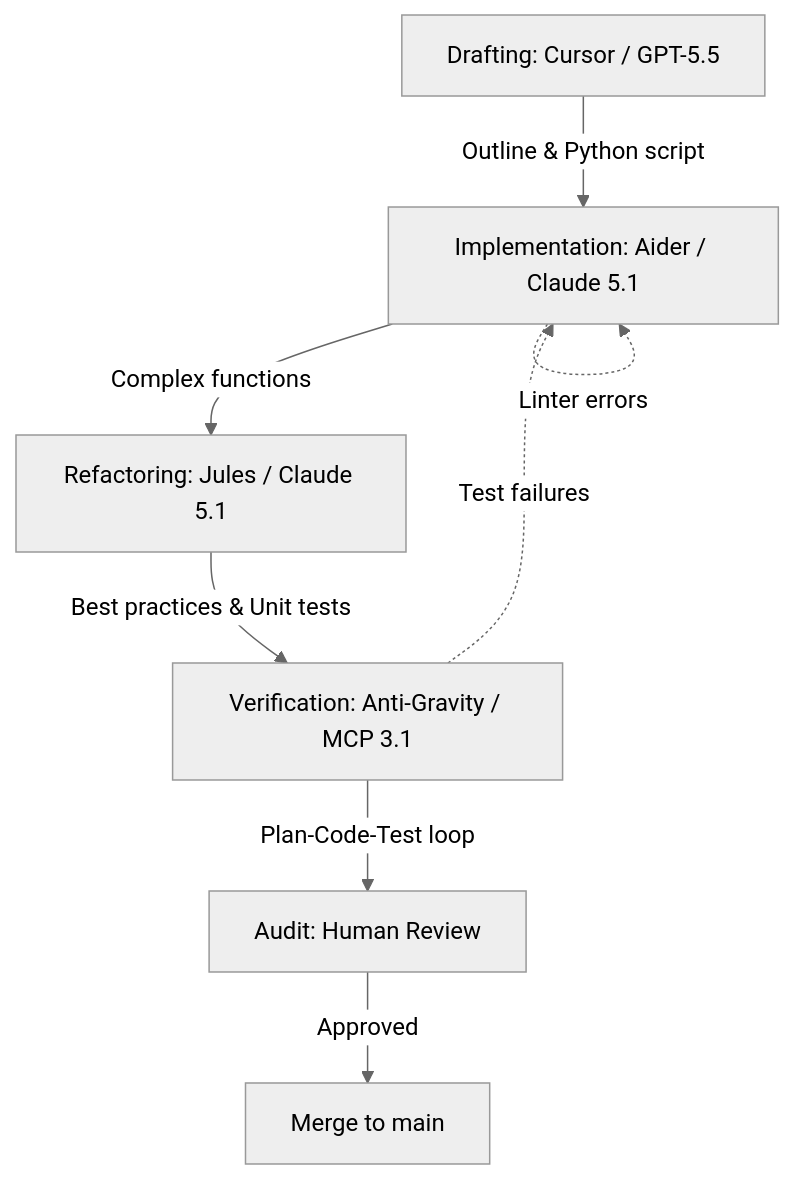
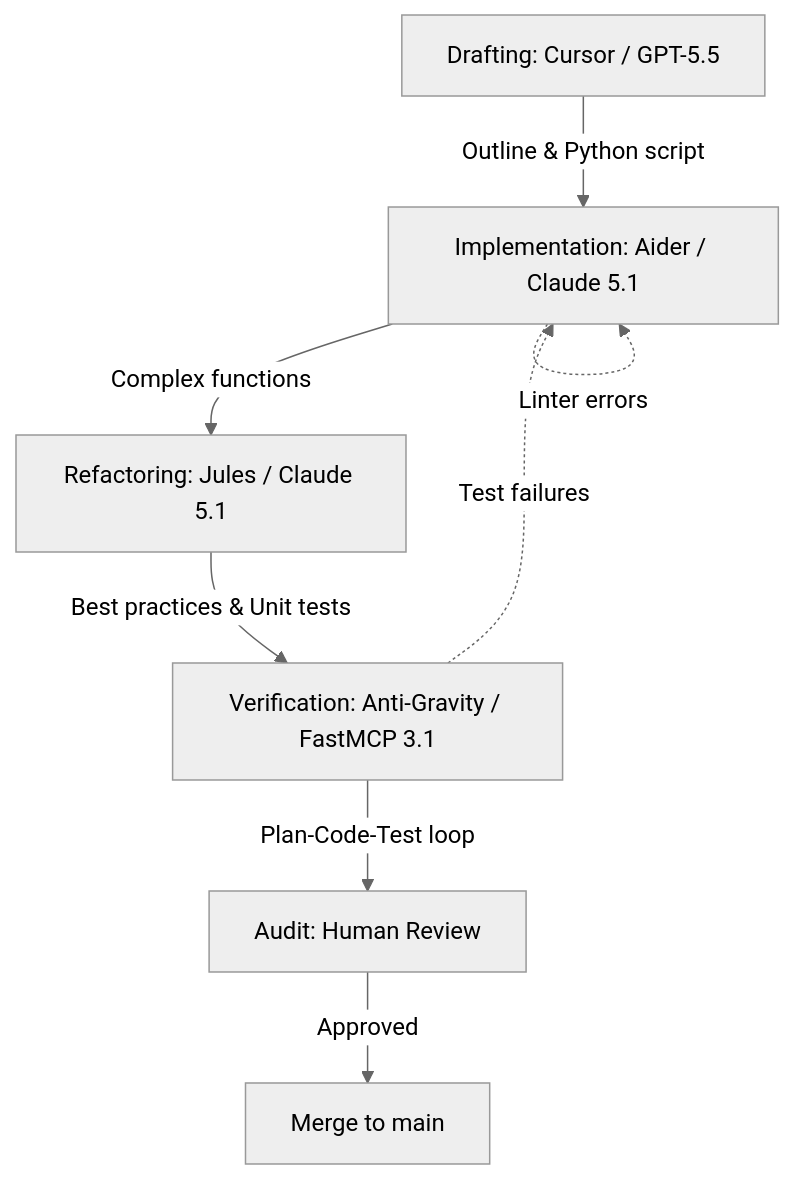
One commit to joanmarcriera/Home-office-automations changed the diagram in docs/playbooks/dev-workflow-ai-assisted.md. Above: the diagram before and after it, drawn with Mermaid (neutral theme). The commit also changed other lines of this file and 5 other files, not shown here.

````diff
--- a/docs/playbooks/dev-workflow-ai-assisted.md
+++ b/docs/playbooks/dev-workflow-ai-assisted.md
@@ -59,10 +59,10 @@
 ```mermaid
 flowchart TD
     A[Drafting: Cursor / GPT-5.5] -->|Outline & Python script| B[Implementation: Aider / Claude 5.1]
     B -->|Complex functions| C[Refactoring: Jules / Claude 5.1]
-    C -->|Best practices & Unit tests| D[Verification: Anti-Gravity / MCP 3.1]
+    C -->|Best practices & Unit tests| D[Verification: Anti-Gravity / FastMCP 3.1]
     D -->|Plan-Code-Test loop| E[Audit: Human Review]
     E -->|Approved| F[Merge to main]
     B -.->|Linter errors| B
     D -.->|Test failures| B
 ```
````
